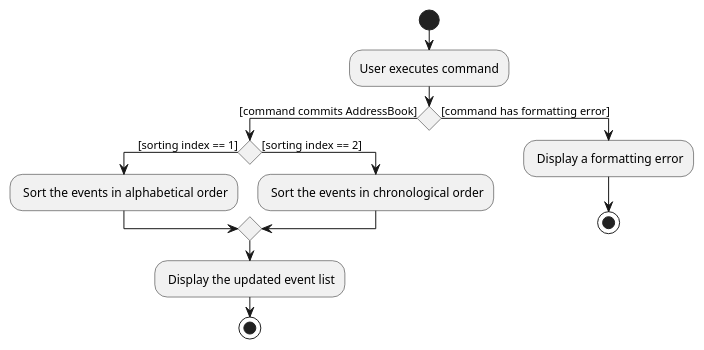
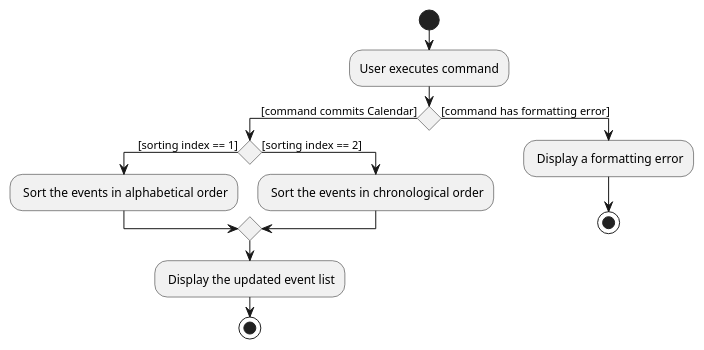
The diagram in docs/diagrams/SortEventActivityDiagram.puml (solkim-83/tp), drawn with PlantUML before and after one commit. The commit also changed 1 other file, not shown here.

```diff
--- a/docs/diagrams/SortEventActivityDiagram.puml
+++ b/docs/diagrams/SortEventActivityDiagram.puml
@@ -1,19 +1,19 @@
 @startuml
 start
 :User executes command;
 
 'Since the beta syntax does not support placing the condition outside the
 'diamond we place it as the true branch instead.
 
-if () then ([command commits AddressBook])
+if () then ([command commits Calendar])
 if () then ([sorting index == 1])
     : Sort the events in alphabetical order;
 else ([sorting index == 2])
     : Sort the events in chronological order;
 endif
     : Display the updated event list;
     stop
 else ([command has formatting error])
     : Display a formatting error;
 stop
 @enduml
```
